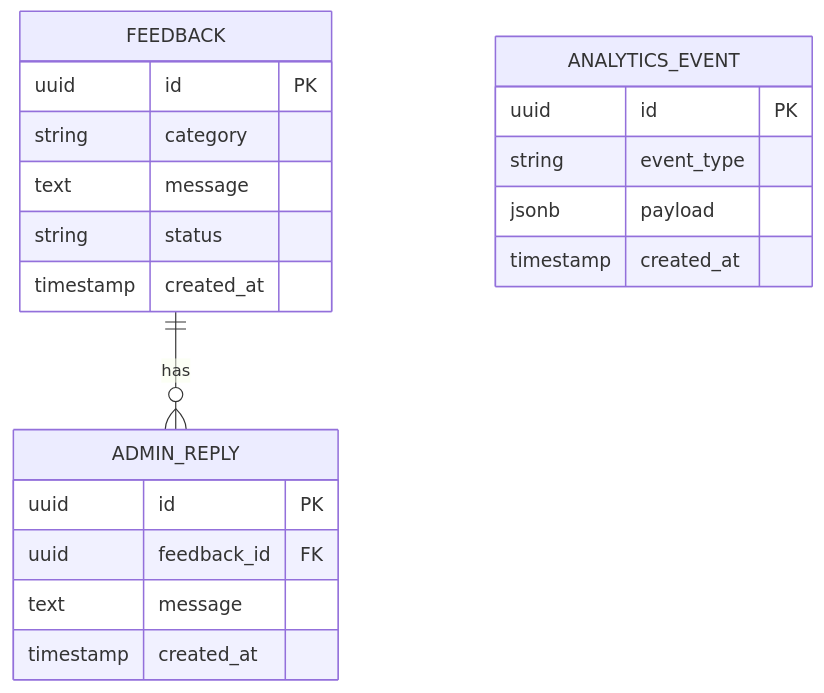
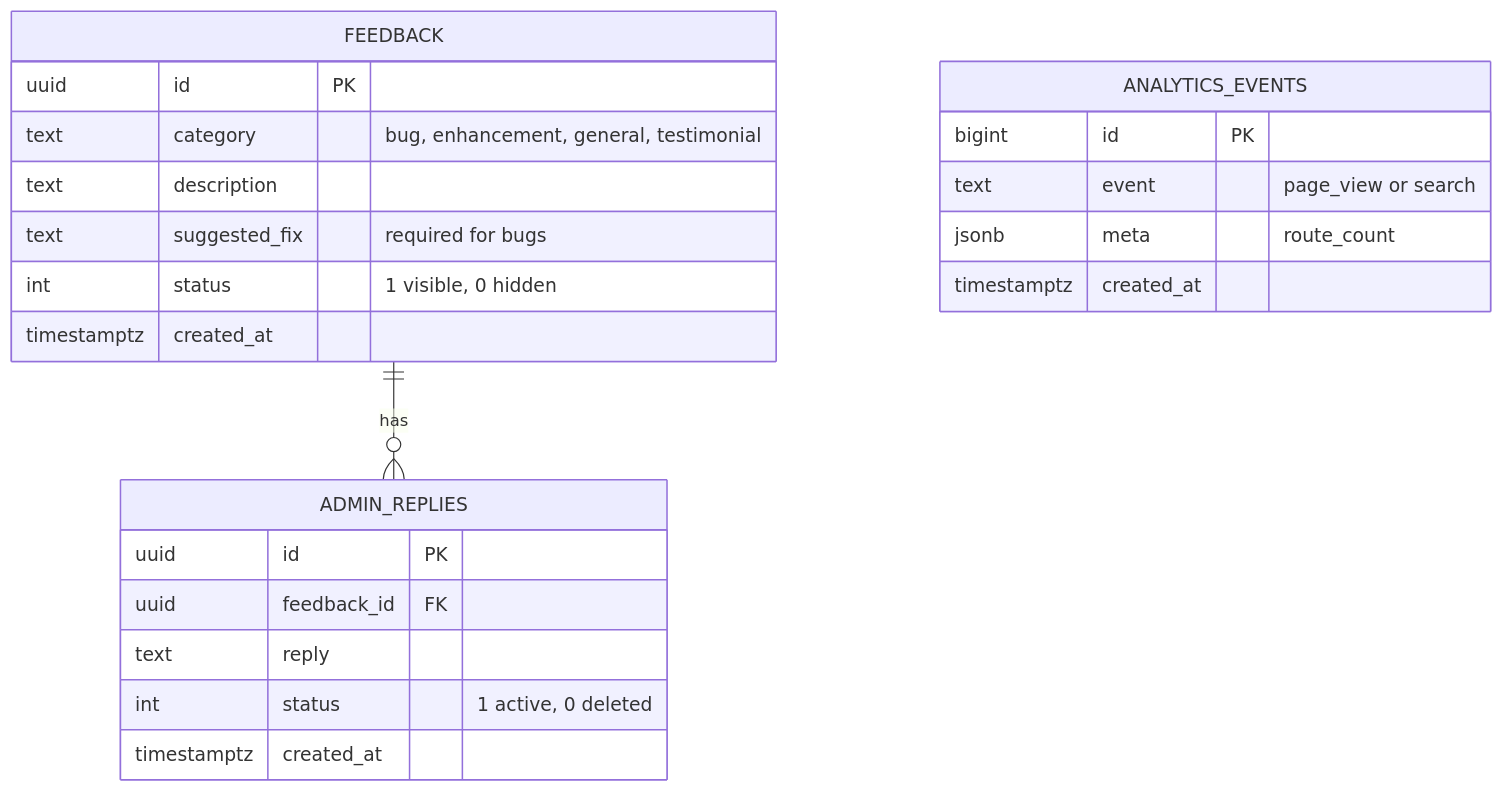
Before and after one commit to snsyaqirah/snsyaqirah.github.io: the eighth of 17 diagrams in portfolio-react/public/docs/redahluhh.md, drawn with Mermaid. The commit also changed other lines of this file and 101 other files, not shown here.

````diff
--- a/portfolio-react/public/docs/redahluhh.md
+++ b/portfolio-react/public/docs/redahluhh.md
@@ -228,23 +265,25 @@
 ```mermaid
 erDiagram
     FEEDBACK {
         uuid id PK
-        string category
-        text message
-        string status
-        timestamp created_at
+        text category "bug, enhancement, general, testimonial"
+        text description
+        text suggested_fix "required for bugs"
+        int status "1 visible, 0 hidden"
+        timestamptz created_at
     }
-    ADMIN_REPLY {
+    ADMIN_REPLIES {
         uuid id PK
         uuid feedback_id FK
-        text message
-        timestamp created_at
+        text reply
+        int status "1 active, 0 deleted"
+        timestamptz created_at
     }
-    ANALYTICS_EVENT {
-        uuid id PK
-        string event_type
-        jsonb payload
-        timestamp created_at
+    ANALYTICS_EVENTS {
+        bigint id PK
+        text event "page_view or search"
+        jsonb meta "route_count"
+        timestamptz created_at
     }
-    FEEDBACK ||--o{ ADMIN_REPLY : "has"
+    FEEDBACK ||--o{ ADMIN_REPLIES : "has"
 ```
````
